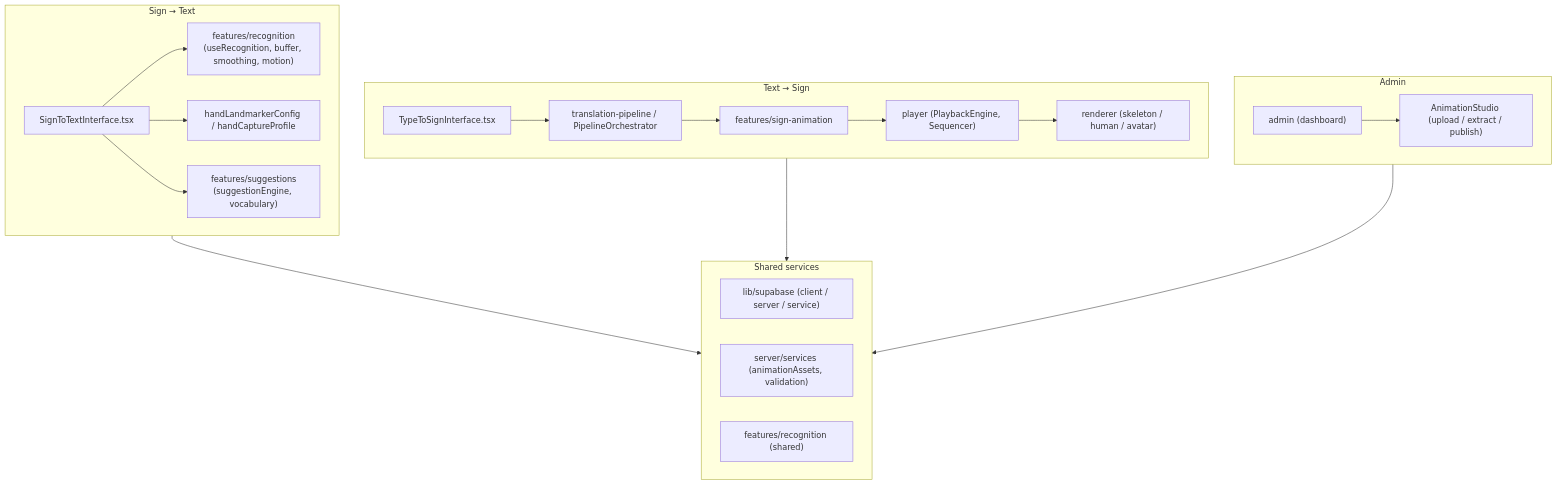
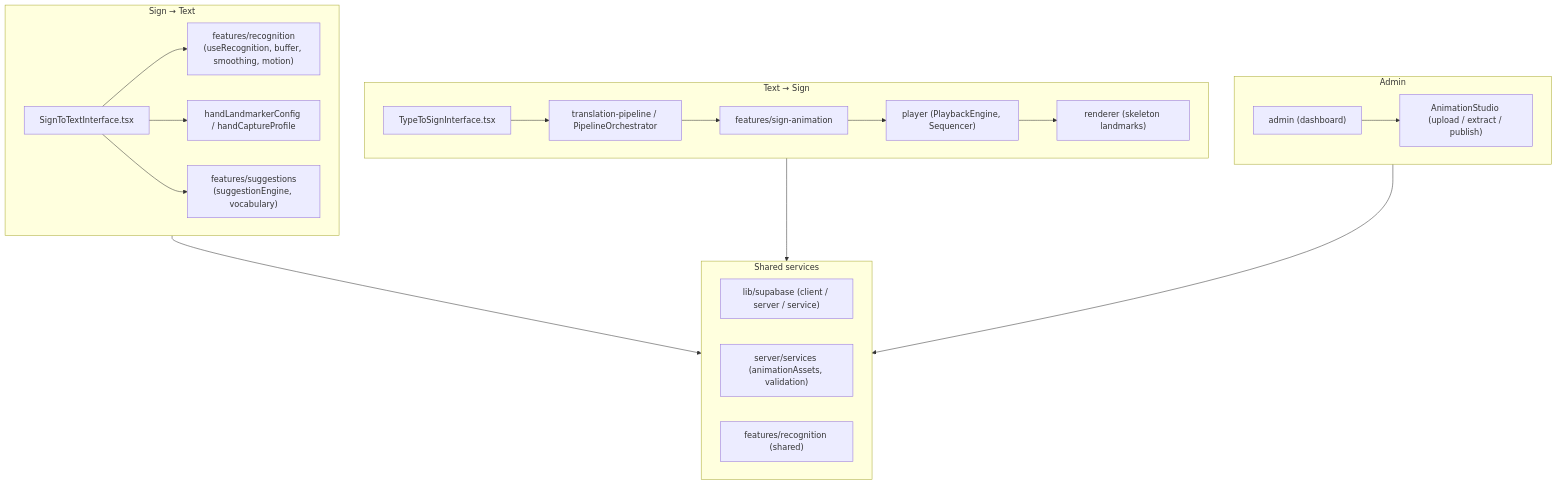
Before and after one commit to RidiculousAttemot/Senyalita: the second of 10 diagrams in SYSTEM_DOCUMENTATION.md, drawn with Mermaid. The commit also changed other lines of this file and 4 other files, not shown here.

````diff
--- a/SYSTEM_DOCUMENTATION.md
+++ b/SYSTEM_DOCUMENTATION.md
@@ -178,40 +196,40 @@
 ```mermaid
 flowchart TB
     subgraph SignToText["Sign → Text"]
         STI["SignToTextInterface.tsx"]
         REC["features/recognition<br/>(useRecognition, buffer, smoothing, motion)"]
         HL["handLandmarkerConfig / handCaptureProfile"]
         SUGG2["features/suggestions<br/>(suggestionEngine, vocabulary)"]
         STI --> REC
         STI --> HL
         STI --> SUGG2
     end
 
     subgraph TextToSign["Text → Sign"]
         TTS["TypeToSignInterface.tsx"]
         TPP["translation-pipeline / PipelineOrchestrator"]
         ANIM["features/sign-animation"]
         ANIM2["player (PlaybackEngine, Sequencer)"]
-        REND["renderer (skeleton / human / avatar)"]
+        REND["renderer (skeleton landmarks)"]
         TTS --> TPP
         TPP --> ANIM
         ANIM --> ANIM2
         ANIM2 --> REND
     end
 
     subgraph Admin["Admin"]
         ADM["admin (dashboard)"]
         AST["AnimationStudio (upload / extract / publish)"]
         ADM --> AST
     end
 
     subgraph Shared["Shared services"]
         SUPA["lib/supabase (client / server / service)"]
         SERVER["server/services (animationAssets, validation)"]
         REC2["features/recognition (shared)"]
     end
 
     SignToText --> Shared
     TextToSign --> Shared
     Admin --> Shared
 ```
````
